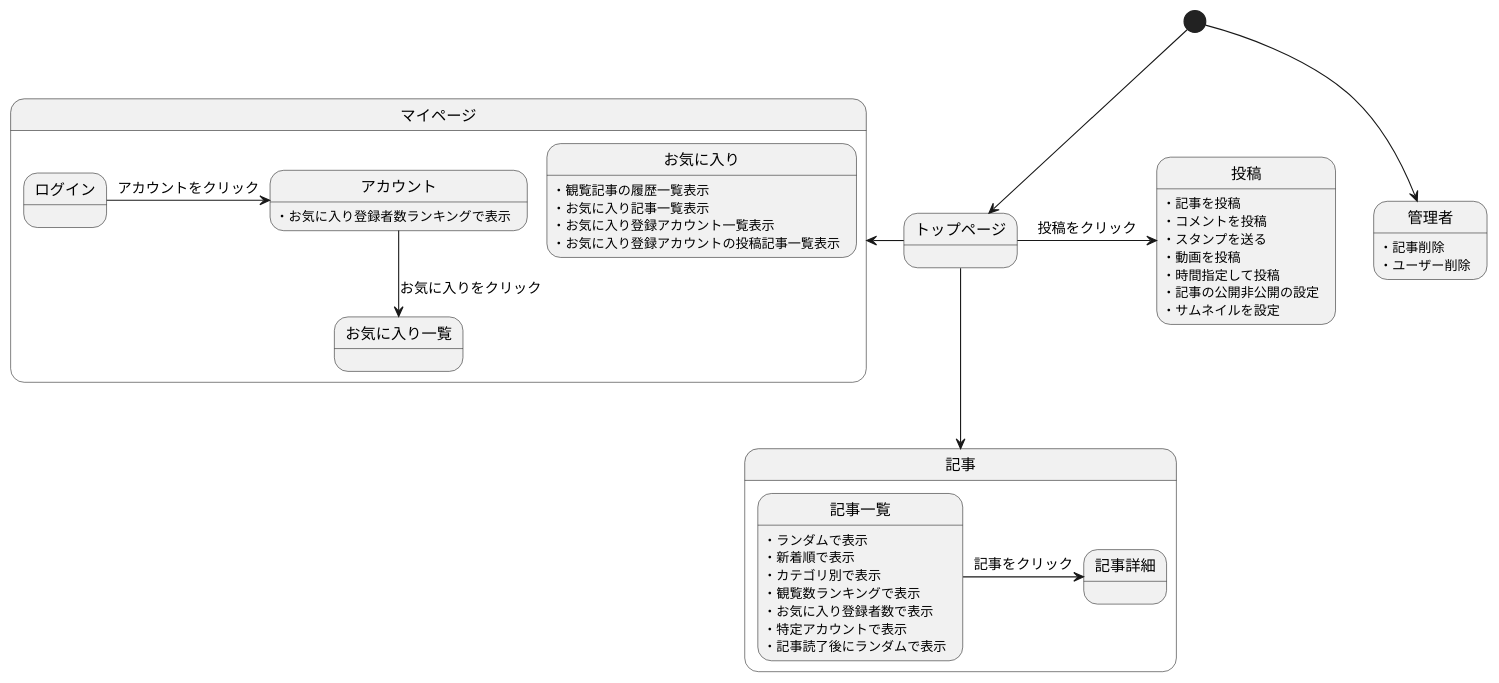
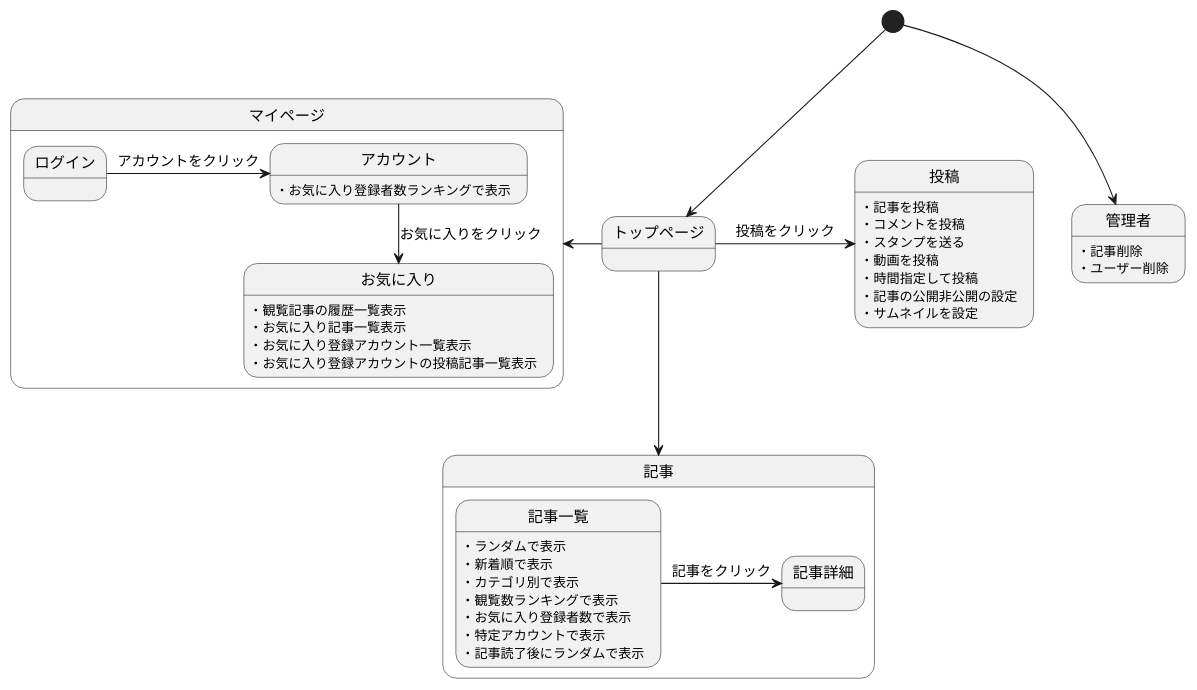
The diagram in 後期画面遷移.md (Aso2001001/2022System), drawn with PlantUML before and after one commit.

````diff
--- a/後期画面遷移.md
+++ b/後期画面遷移.md
@@ -1,54 +1,54 @@
 ```uml
 @startuml
 [*] --> トップページ
 
 state 記事{
 記事一覧 -> 記事詳細 : 記事をクリック
 
 
 記事一覧:・ランダムで表示
 記事一覧:・新着順で表示
 記事一覧:・カテゴリ別で表示
 記事一覧:・観覧数ランキングで表示
 記事一覧:・お気に入り登録者数で表示
 記事一覧:・特定アカウントで表示
 記事一覧:・記事読了後にランダムで表示
 
 }
 
 state マイページ{
 ログイン -> アカウント : アカウントをクリック
-アカウント -down-> お気に入り一覧 : お気に入りをクリック
+アカウント -down-> お気に入り : お気に入りをクリック
 
 アカウント:・お気に入り登録者数ランキングで表示
 
 
 
 お気に入り:・観覧記事の履歴一覧表示
 お気に入り:・お気に入り記事一覧表示
 お気に入り:・お気に入り登録アカウント一覧表示
 お気に入り:・お気に入り登録アカウントの投稿記事一覧表示
 
 }
 
 
 トップページ -down-> 記事
 トップページ -left-> マイページ
 トップページ -> 投稿 : 投稿をクリック
 投稿:・記事を投稿
 投稿:・コメントを投稿
 投稿:・スタンプを送る
 投稿:・動画を投稿
 投稿:・時間指定して投稿
 投稿:・記事の公開非公開の設定
 投稿:・サムネイルを設定
 
 
 
 [*] --> 管理者
 管理者:・記事削除
 管理者:・ユーザー削除
 
 
 @enduml
 ```
````
